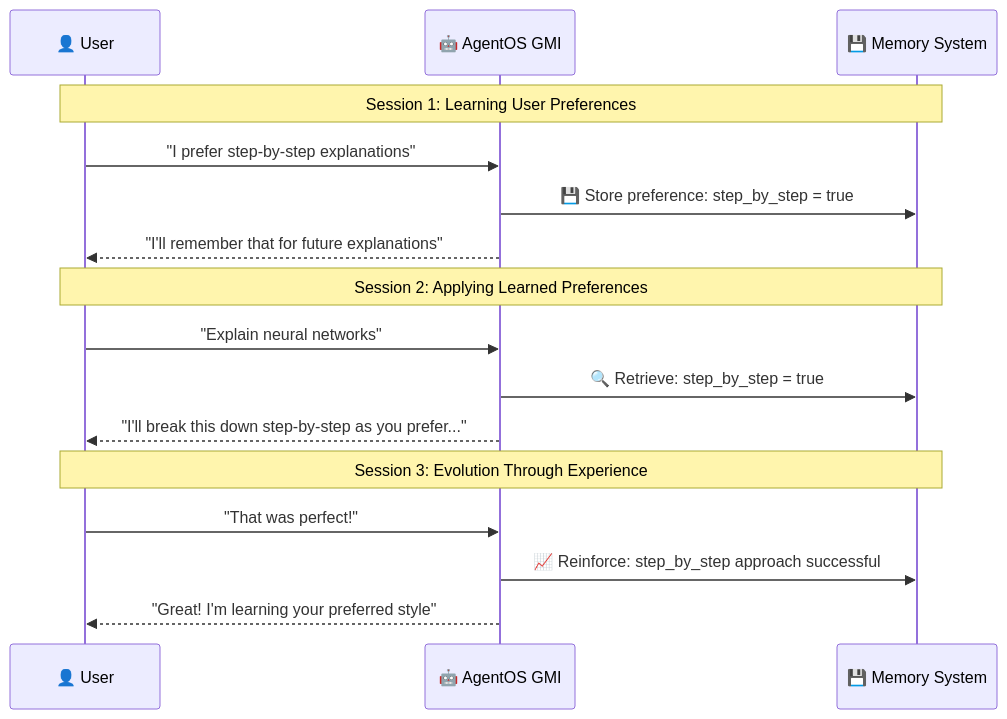
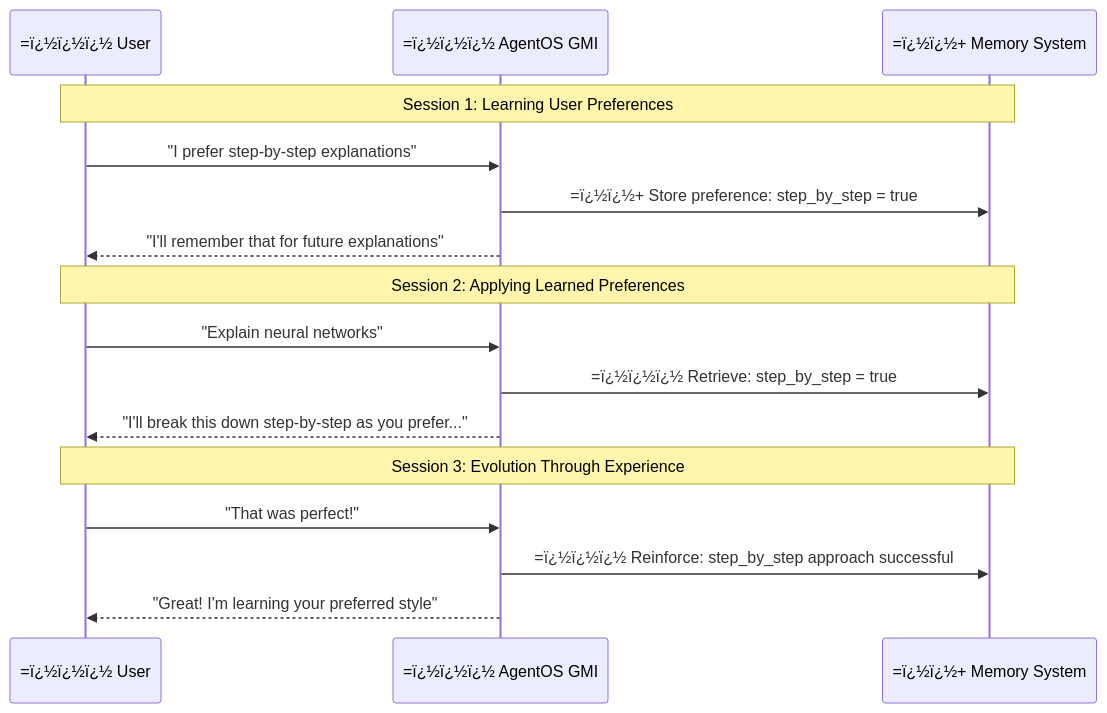
Before and after one commit to framersai/agentos-live-docs: the fourth of 15 diagrams in packages/agentos/docs/ARCHITECTURE.md, drawn with Mermaid. The commit also changed other lines of this file and 47 other files, not shown here.

````diff
--- a/packages/agentos/docs/ARCHITECTURE.md
+++ b/packages/agentos/docs/ARCHITECTURE.md
@@ -193,21 +201,21 @@
 ```mermaid
 sequenceDiagram
-    participant User as 👤 User
-    participant GMI as 🤖 AgentOS GMI
-    participant Memory as 💾 Memory System
+    participant User as =ï¿½ï¿½ï¿½ User
+    participant GMI as =ï¿½ï¿½ï¿½ AgentOS GMI
+    participant Memory as =ï¿½ï¿½+ Memory System
     
     Note over User,Memory: Session 1: Learning User Preferences
     User->>GMI: "I prefer step-by-step explanations"
-    GMI->>Memory: 💾 Store preference: step_by_step = true
+    GMI->>Memory: =ï¿½ï¿½+ Store preference: step_by_step = true
     GMI-->>User: "I'll remember that for future explanations"
     
     Note over User,Memory: Session 2: Applying Learned Preferences  
     User->>GMI: "Explain neural networks"
-    GMI->>Memory: 🔍 Retrieve: step_by_step = true
+    GMI->>Memory: =ï¿½ï¿½ï¿½ Retrieve: step_by_step = true
     GMI-->>User: "I'll break this down step-by-step as you prefer..."
     
     Note over User,Memory: Session 3: Evolution Through Experience
     User->>GMI: "That was perfect!"
-    GMI->>Memory: 📈 Reinforce: step_by_step approach successful
+    GMI->>Memory: =ï¿½ï¿½ï¿½ Reinforce: step_by_step approach successful
     GMI-->>User: "Great! I'm learning your preferred style"
 ```
````
